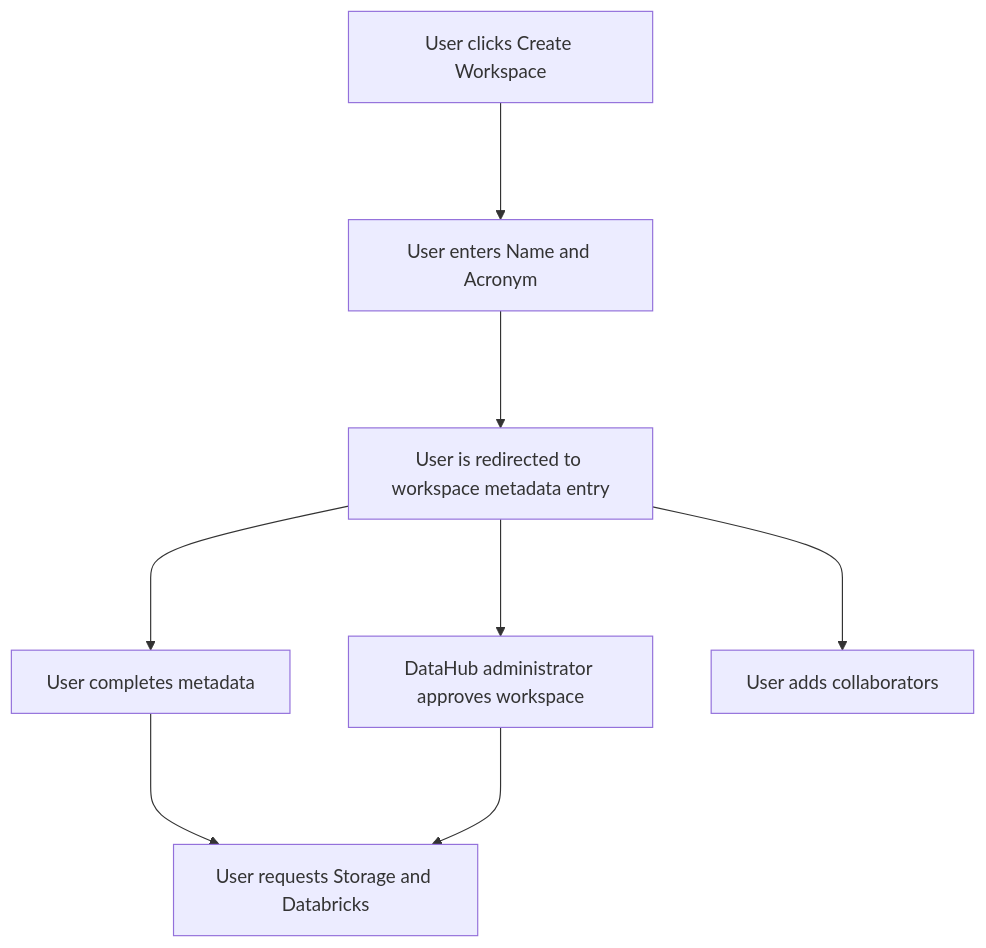
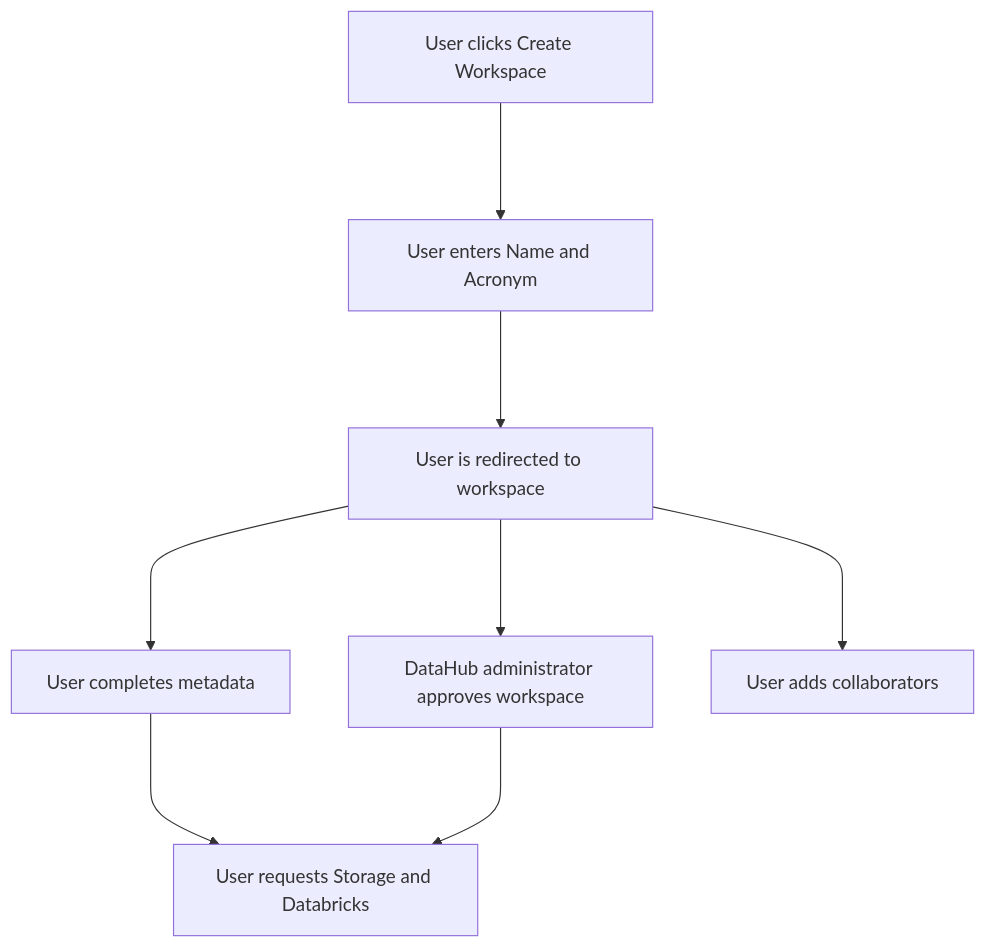
Before and after one commit to ssc-sp/datahub-docs: the third of 3 diagrams in UserGuide/Onboarding/OnboardingSummary.md, drawn with Mermaid.

````diff
--- a/UserGuide/Onboarding/OnboardingSummary.md
+++ b/UserGuide/Onboarding/OnboardingSummary.md
@@ -39,17 +39,17 @@
 ```mermaid
 flowchart TD 
     A[User clicks Create Workspace]
     B[User enters Name and Acronym]
-    C[User is redirected to workspace metadata entry]
+    C[User is redirected to workspace]
     D[User completes metadata]
     E[DataHub administrator approves workspace]
     F[User requests Storage and Databricks]
     G[User adds collaborators]
     A ---> B
     B ---> C
     C ---> D
     C ---> E
     C ---> G
     D ---> F
     E ---> F
 ```
````
